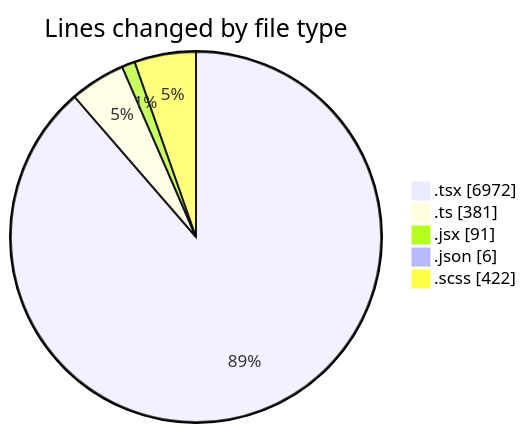
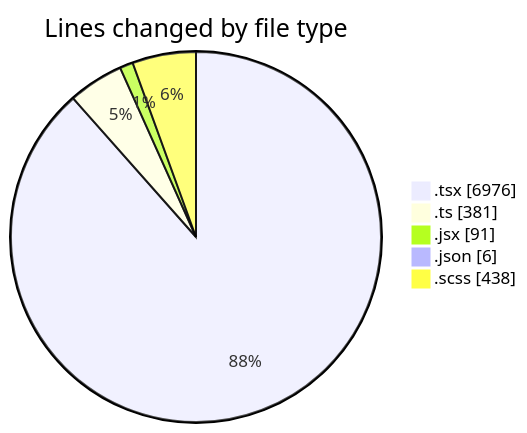
The first of 2 diagrams in 2026-04-27/cda/README.md (momahboobian/code-tracking), drawn with Mermaid before and after one commit. The commit also changed other lines of this file and 1 other file, not shown here.

````diff
--- a/2026-04-27/cda/README.md
+++ b/2026-04-27/cda/README.md
@@ -46,9 +46,9 @@
 ```mermaid
 pie showData
 title Lines changed by file type
-".tsx" : 6972
+".tsx" : 6976
 ".ts" : 381
 ".jsx" : 91
 ".json" : 6
-".scss" : 422
+".scss" : 438
 ```
````
